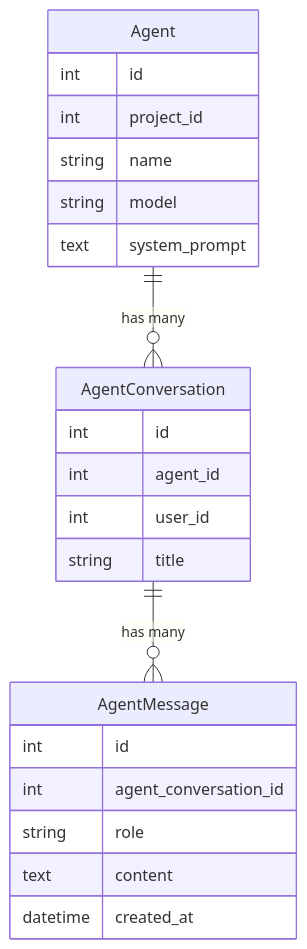
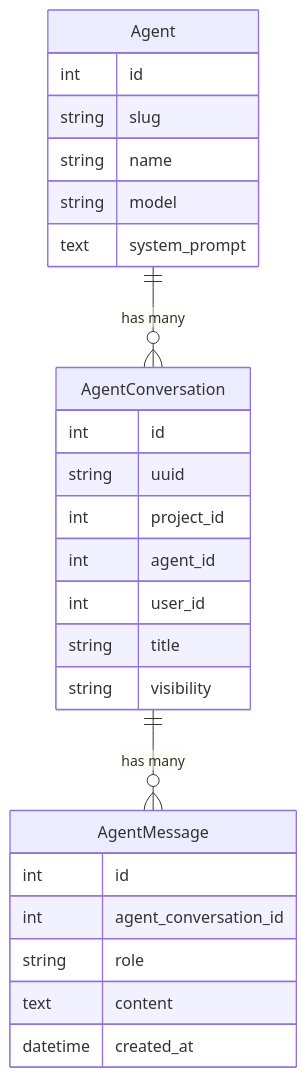
Before and after one commit to fdimitri/carbide2-docs: the first of 2 diagrams in src/content/docs/architecture/agents.mdx, drawn with Mermaid. The commit also changed other lines of this file and 17 other files, not shown here.

````diff
--- a/src/content/docs/architecture/agents.mdx
+++ b/src/content/docs/architecture/agents.mdx
@@ -16,25 +16,28 @@
 ```mermaid
 erDiagram
   Agent {
     int id
-    int project_id
+    string slug
     string name
     string model
     text system_prompt
   }
   AgentConversation {
     int id
+    string uuid
+    int project_id
     int agent_id
     int user_id
     string title
+    string visibility
   }
   AgentMessage {
     int id
     int agent_conversation_id
     string role
     text content
     datetime created_at
   }
   Agent ||--o{ AgentConversation : "has many"
   AgentConversation ||--o{ AgentMessage : "has many"
 ```
````
